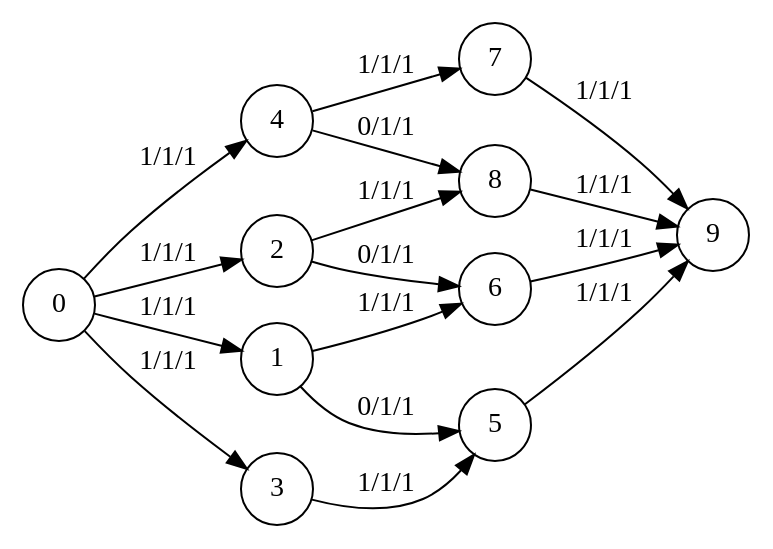
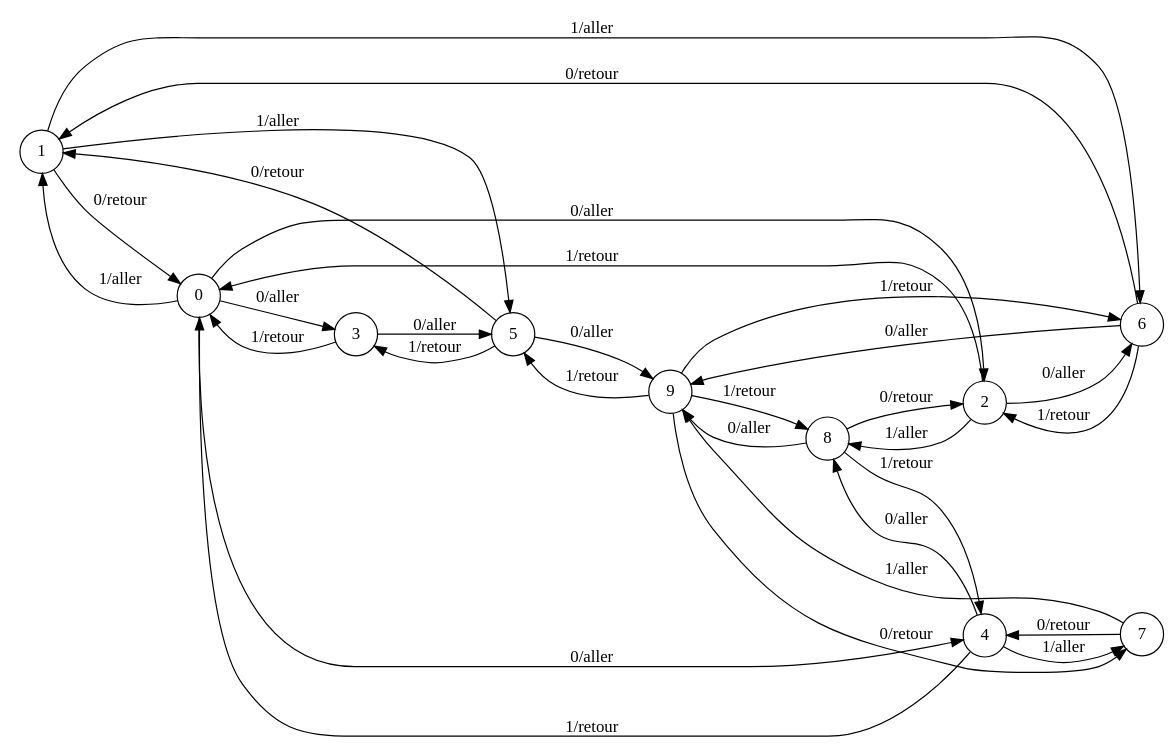
The diagram in graphs/graph_bip.dot (erpeldinger/hackers_vs_hosts), drawn with Graphviz before and after one commit. The commit also changed 5 other files, not shown here.

```diff
--- a/graphs/graph_bip.dot
+++ b/graphs/graph_bip.dot
@@ -1,20 +1,35 @@
 digraph finite_state_machine {
   	rankdir=LR;
  	size="8,5";
   	node [shape = circle];
-  	  	8 -> 9 [ label = "1/1/1" ];
-  	  	6 -> 9 [ label = "1/1/1" ];
-  	  	3 -> 5 [ label = "1/1/1" ];
-  	  	5 -> 9 [ label = "1/1/1" ];
-  	  	0 -> 4 [ label = "1/1/1" ];
-  	  	0 -> 2 [ label = "1/1/1" ];
-  	  	0 -> 3 [ label = "1/1/1" ];
-  	  	0 -> 1 [ label = "1/1/1" ];
-  	  	1 -> 5 [ label = "0/1/1" ];
-  	  	1 -> 6 [ label = "1/1/1" ];
-  	  	2 -> 6 [ label = "0/1/1" ];
-  	  	2 -> 8 [ label = "1/1/1" ];
-  	  	4 -> 8 [ label = "0/1/1" ];
-  	  	4 -> 7 [ label = "1/1/1" ];
-  	  	7 -> 9 [ label = "1/1/1" ];
+  	  	1 -> 0 [ label = "0/retour" ];
+  	  	1 -> 5 [ label = "1/aller" ];
+  	  	1 -> 6 [ label = "1/aller" ];
+  	  	7 -> 4 [ label = "0/retour" ];
+  	  	7 -> 9 [ label = "1/aller" ];
+  	  	4 -> 7 [ label = "1/aller" ];
+  	  	4 -> 0 [ label = "1/retour" ];
+  	  	4 -> 8 [ label = "0/aller" ];
+  	  	8 -> 2 [ label = "0/retour" ];
+  	  	8 -> 4 [ label = "1/retour" ];
+  	  	8 -> 9 [ label = "0/aller" ];
+  	  	3 -> 0 [ label = "1/retour" ];
+  	  	3 -> 5 [ label = "0/aller" ];
+  	  	5 -> 1 [ label = "0/retour" ];
+  	  	5 -> 3 [ label = "1/retour" ];
+  	  	5 -> 9 [ label = "0/aller" ];
+  	  	0 -> 1 [ label = "1/aller" ];
+  	  	0 -> 4 [ label = "0/aller" ];
+  	  	0 -> 3 [ label = "0/aller" ];
+  	  	0 -> 2 [ label = "0/aller" ];
+  	  	2 -> 8 [ label = "1/aller" ];
+  	  	2 -> 0 [ label = "1/retour" ];
+  	  	2 -> 6 [ label = "0/aller" ];
+  	  	9 -> 7 [ label = "0/retour" ];
+  	  	9 -> 8 [ label = "1/retour" ];
+  	  	9 -> 5 [ label = "1/retour" ];
+  	  	9 -> 6 [ label = "1/retour" ];
+  	  	6 -> 1 [ label = "0/retour" ];
+  	  	6 -> 2 [ label = "1/retour" ];
+  	  	6 -> 9 [ label = "0/aller" ];
 }
```
